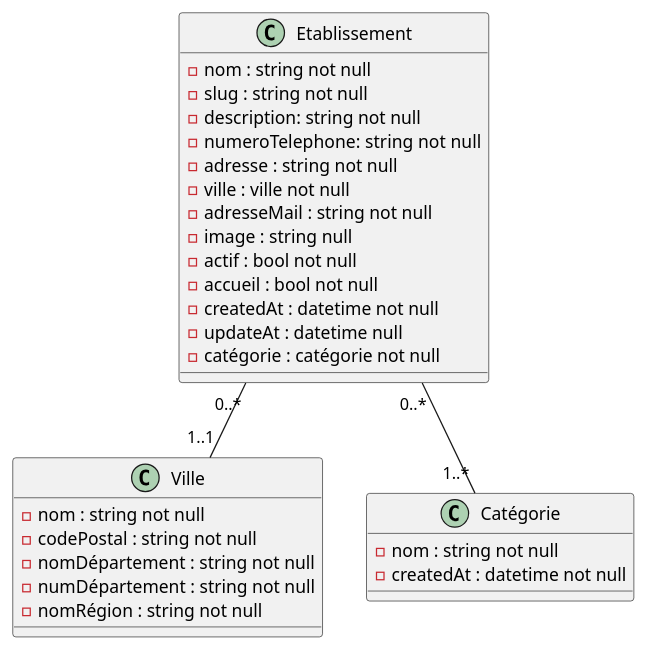
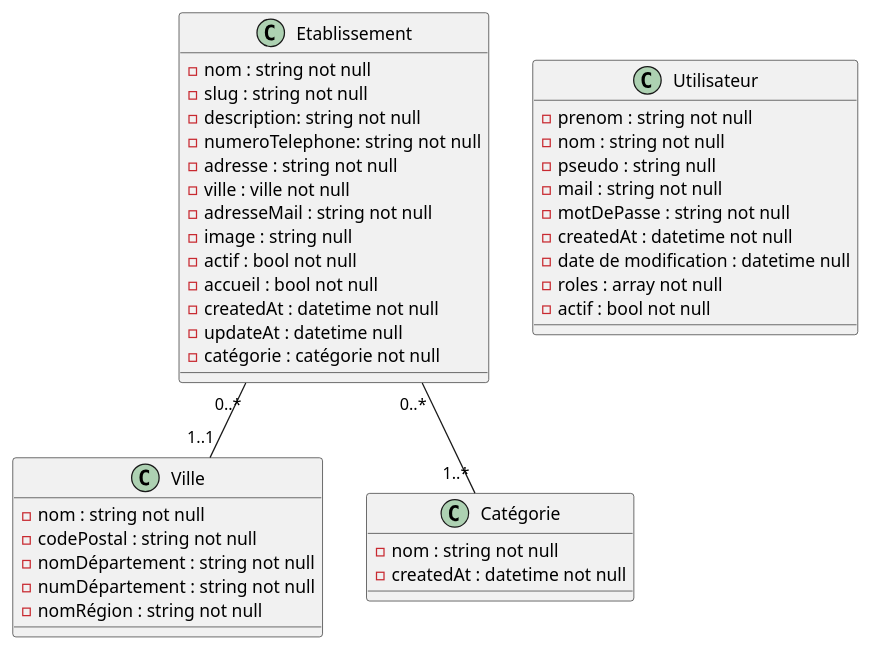
Before and after one commit to RomainFerr/FC-Tourisme: the diagram in documentations/diagramme.puml, drawn with PlantUML. The commit also changed 5 other files, not shown here.

```diff
--- a/documentations/diagramme.puml
+++ b/documentations/diagramme.puml
@@ -1,35 +1,48 @@
 @startuml
 class Etablissement{
 - nom : string not null
 - slug : string not null
 - description: string not null
 - numeroTelephone: string not null
 - adresse : string not null
 - ville : ville not null
 - adresseMail : string not null
 - image : string null
 - actif : bool not null
 - accueil : bool not null
 - createdAt : datetime not null
 - updateAt : datetime null
 - catégorie : catégorie not null
 }
 
 class Ville{
 - nom : string not null
 - codePostal : string not null
 - nomDépartement : string not null
 - numDépartement : string not null
 - nomRégion : string not null
 }
 
 class Catégorie{
 - nom : string not null
 - createdAt : datetime not null
 }
 
+class Utilisateur
+{
+- prenom : string not null
+- nom : string not null
+- pseudo : string null
+- mail : string not null
+- motDePasse : string not null
+- createdAt : datetime not null
+- date de modification : datetime null
+- roles : array not null
+- actif : bool not null
+}
+
 Etablissement "0..*"--"1..1"Ville
 Etablissement "0..*"--"1..*"Catégorie
 
 
 @enduml
```
